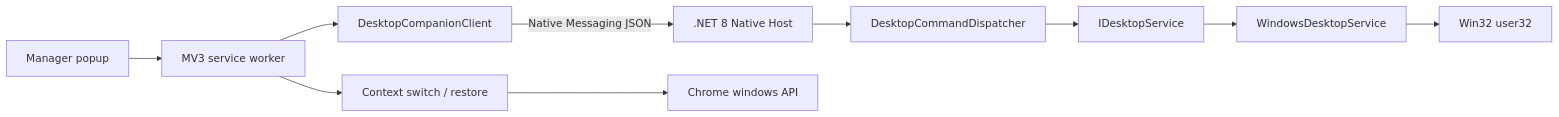
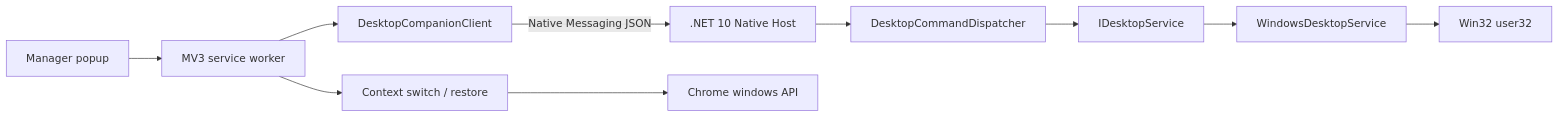
One commit to g-nogueira/tab-manager-mvp changed the first of 2 diagrams in docs/architecture/desktop-focus.md. Above: the diagram before and after it, drawn with Mermaid. The commit also changed other lines of this file, not shown here.

````diff
--- a/docs/architecture/desktop-focus.md
+++ b/docs/architecture/desktop-focus.md
@@ -17,12 +17,12 @@
 ```mermaid
 flowchart LR
     UI["Manager popup"] --> SW["MV3 service worker"]
     SW --> Client["DesktopCompanionClient"]
-    Client -->|"Native Messaging JSON"| Host[".NET 8 Native Host"]
+    Client -->|"Native Messaging JSON"| Host[".NET 10 Native Host"]
     Host --> Dispatcher["DesktopCommandDispatcher"]
     Dispatcher --> Service["IDesktopService"]
     Service --> Win["WindowsDesktopService"]
     Win --> Win32["Win32 user32"]
     SW --> Switch["Context switch / restore"]
     Switch --> Chrome["Chrome windows API"]
 ```
````
